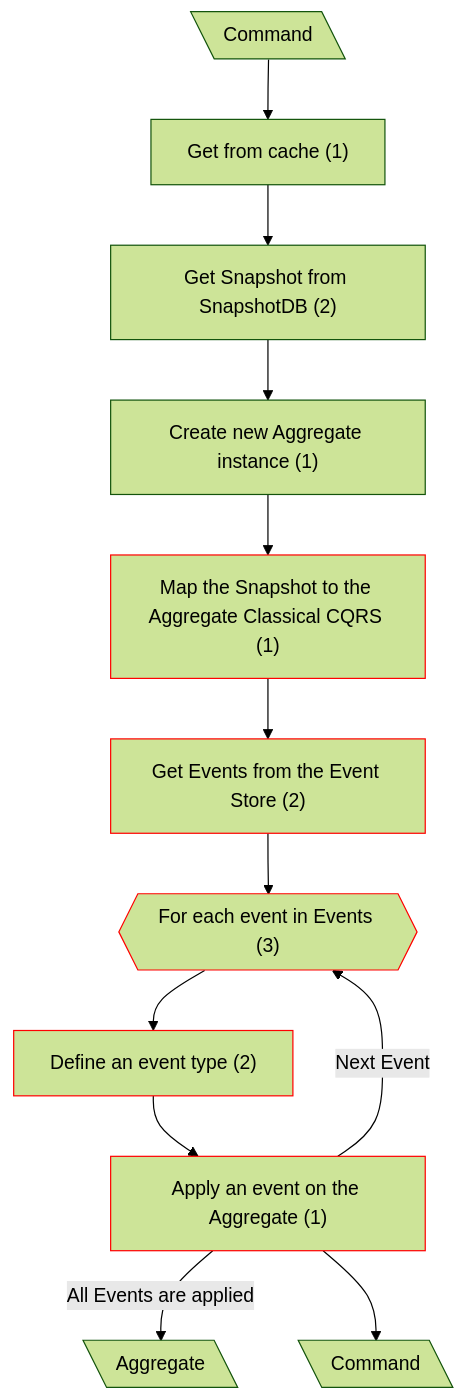
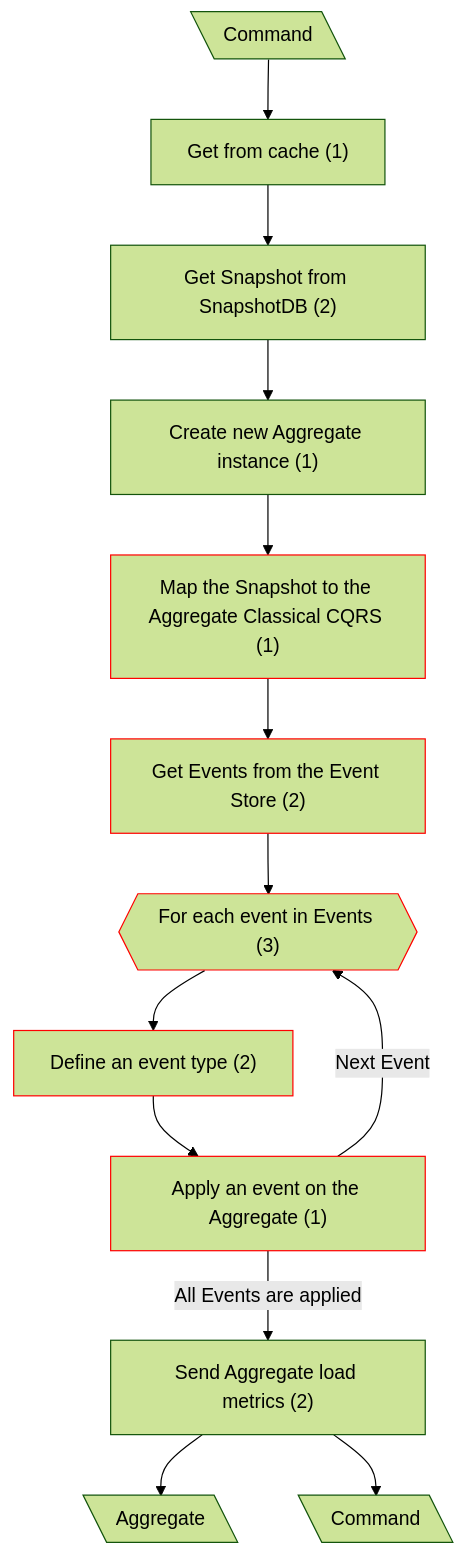
The first of 4 diagrams in docs/CF Complexity/Classical CQRS -> mCQRS/update.md (dmitryhruzin/CQRS-variations-test), drawn with Mermaid (forest theme) before and after one commit. The commit also changed other lines of this file and 21 other files, not shown here.

````diff
--- a/docs/CF Complexity/Classical CQRS -> mCQRS/update.md
+++ b/docs/CF Complexity/Classical CQRS -> mCQRS/update.md
@@ -5,16 +5,17 @@
 ```mermaid
 flowchart TD
   classDef mod stroke:#f00
   A@{ shape: lean-l, label: "Command" }
   A --> B["Get from cache (1)"]
   B --> C["Get Snapshot from SnapshotDB (2)"]
   C --> D["Create new Aggregate instance (1)"]
   D --> D2["Map the Snapshot to the Aggregate Classical CQRS (1)"]:::mod
   D2 --> E["Get Events from the Event Store (2)"]:::mod
   E --> F{{"For each event in Events (3)"}}:::mod
   F --> G["Define an event type (2)"]:::mod
   G --> H["Apply an event on the Aggregate (1)"]:::mod
   H --"Next Event"--> F
-  H --"All Events are applied"--> I@{ shape: lean-l, label: "Aggregate" }
-  H --> J@{ shape: lean-l, label: "Command" }
+  H --"All Events are applied"--> M["Send Aggregate load metrics (2)"]
+  M --> I@{ shape: lean-l, label: "Aggregate" }
+  M --> J@{ shape: lean-l, label: "Command" }
 ```
````
